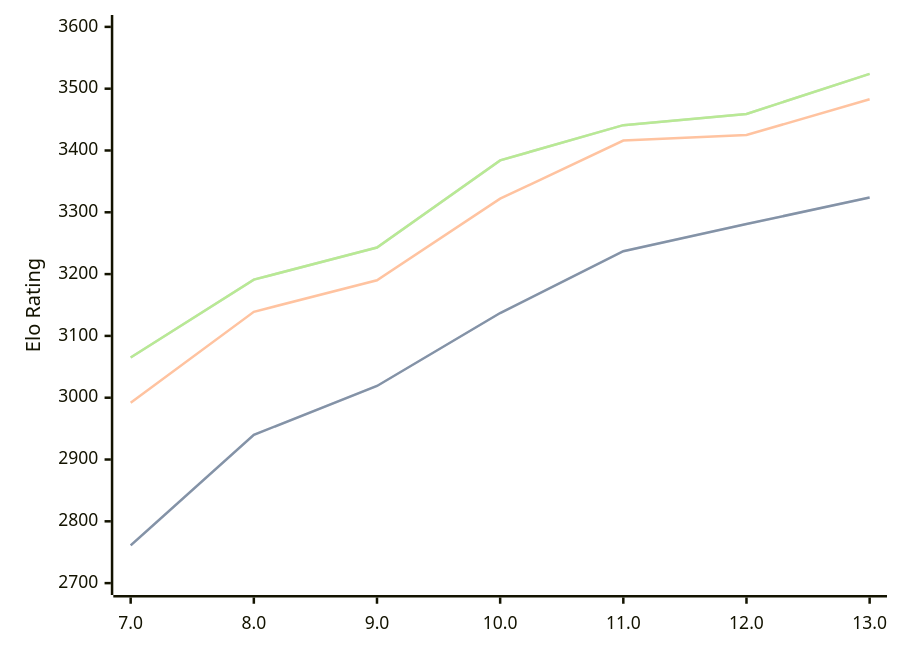
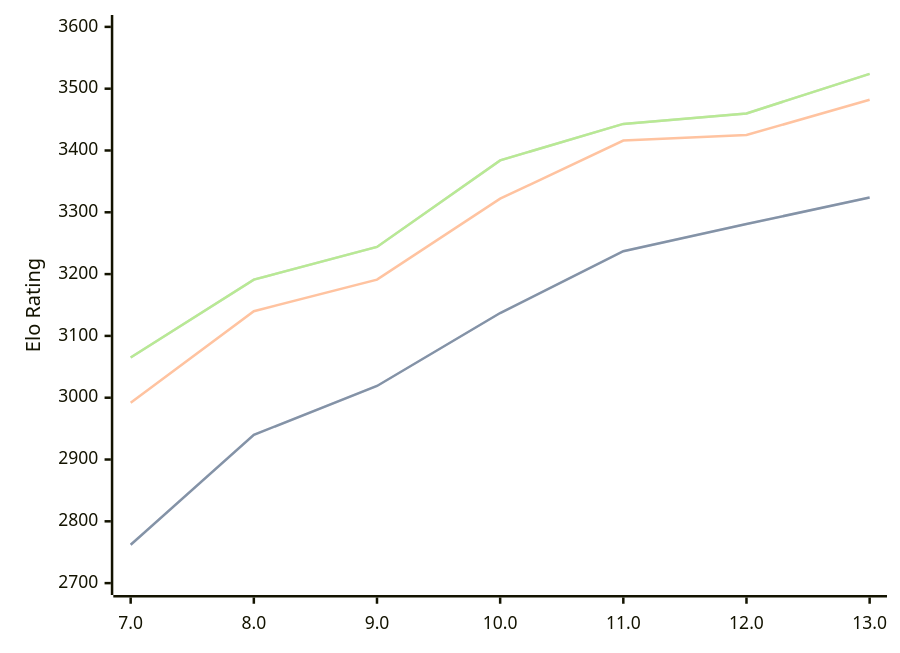
The diagram in engines/Tcheran.md (computer-chess-index/cci), drawn with Mermaid before and after one commit. The commit also changed other lines of this file, not shown here.

Commit message:
Update CCI Ratings (ELO VLTC) - 2026-08-25

````diff
--- a/engines/Tcheran.md
+++ b/engines/Tcheran.md
@@ -37,11 +37,11 @@
 ```mermaid
 %%{init: {"theme":"base","themeVariables":{"seriesColors:['#a3a3a3','#222221','#faa371']}}}%%
 xychart-beta
   x-axis ["7.0", "8.0", "9.0", "10.0", "11.0", "12.0", "13.0"]
   y-axis "Elo Rating" 2700 --> 3600
-  line "STC (8.0+0.08s)" [2761, 2940, 3019, 3137, 3237, 3281, 3324]
-  line "STC (8.0+0.08s)" [2761, 2940, 3019, 3137, 3237, 3281, 3324]
-  line "LTC (60.0+0.60s)" [2992, 3139, 3190, 3322, 3416, 3425, 3483]
-  line "VLTC (2m24s+1.12s)" [3065, 3191, 3243, 3384, 3441, 3459, 3524]
-  line "VLTC (2m24s+1.12s)" [3065, 3191, 3243, 3384, 3441, 3459, 3524]
+  line "STC (8.0+0.08s)" [2762, 2940, 3019, 3137, 3237, 3281, 3324]
+  line "STC (8.0+0.08s)" [2762, 2940, 3019, 3137, 3237, 3281, 3324]
+  line "LTC (60.0+0.60s)" [2992, 3140, 3191, 3322, 3416, 3425, 3482]
+  line "VLTC (2m24s+1.12s)" [3065, 3191, 3244, 3384, 3443, 3460, 3524]
+  line "VLTC (2m24s+1.12s)" [3065, 3191, 3244, 3384, 3443, 3460, 3524]
 ```
````
